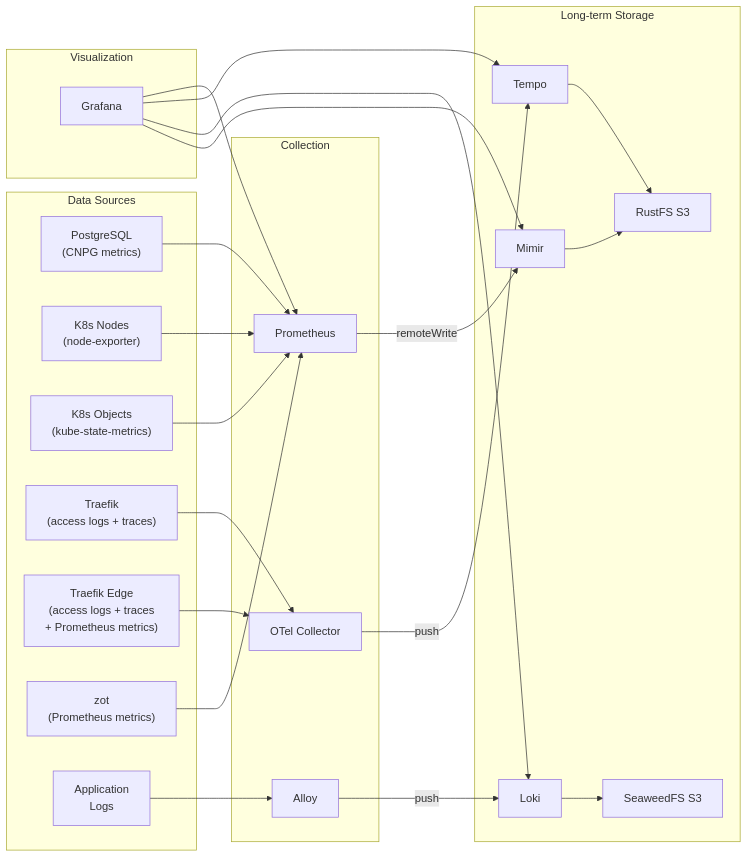
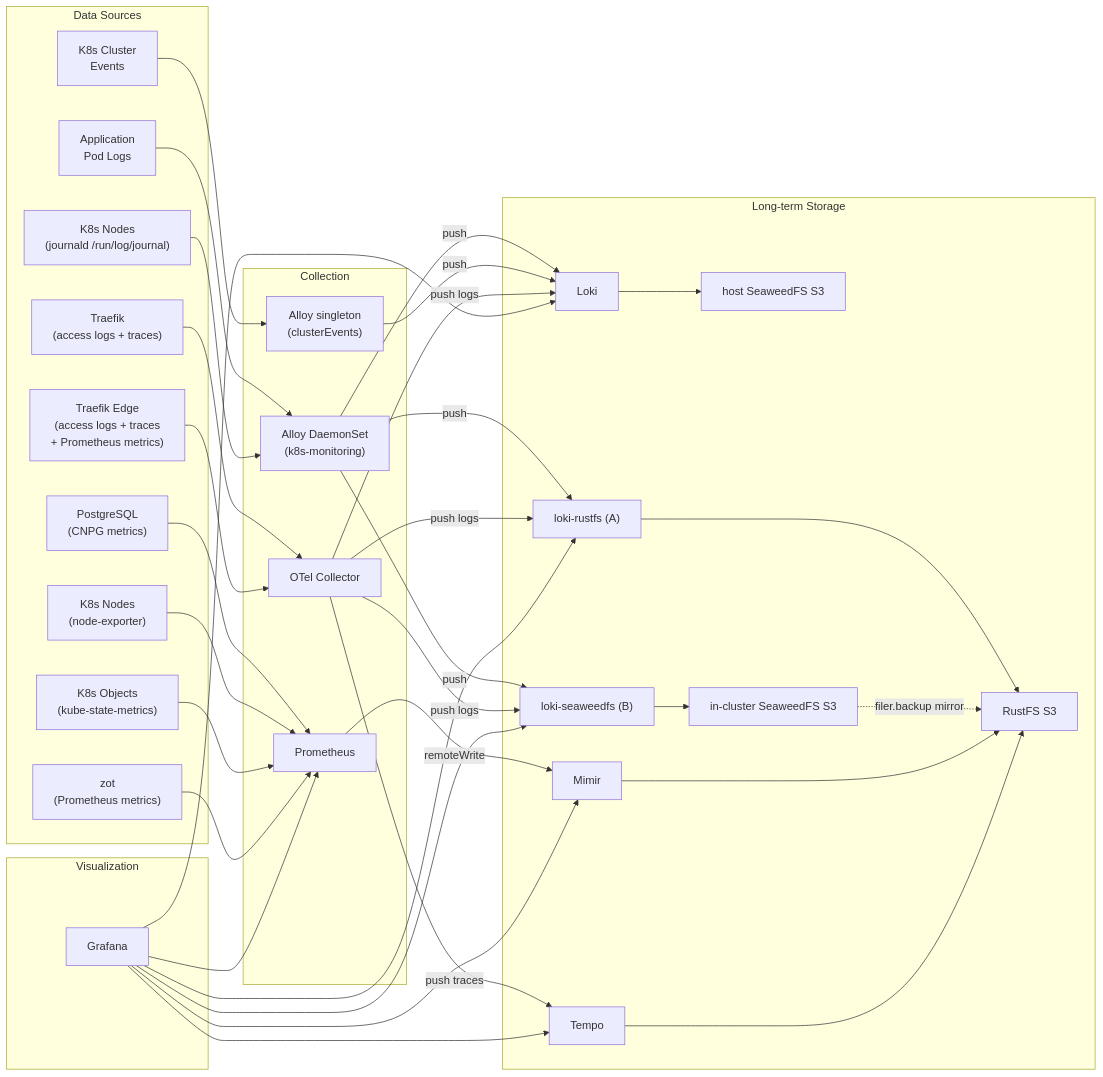
One commit to rmlandvreugd/cnpg-playground changed diagram 11 of 12 in docs/architecture-overview.md. Above: the diagram before and after it, drawn with Mermaid. The commit also changed other lines of this file and 1 other file, not shown here.

First line of the commit message:
docs(architecture): Loki A/B/C, k8s-monitoring, seaweedfs-operator + smoke tests

````diff
--- a/docs/architecture-overview.md
+++ b/docs/architecture-overview.md
@@ -420,51 +451,70 @@
 ```mermaid
 flowchart LR
     subgraph Sources["Data Sources"]
         PG["PostgreSQL<br/>(CNPG metrics)"]
         K8sN["K8s Nodes<br/>(node-exporter)"]
         K8sO["K8s Objects<br/>(kube-state-metrics)"]
         TraefikS["Traefik<br/>(access logs + traces)"]
         TraefikEdgeS["Traefik Edge<br/>(access logs + traces<br/>+ Prometheus metrics)"]
         ZotS["zot<br/>(Prometheus metrics)"]
-        AppL["Application<br/>Logs"]
+        AppL["Application<br/>Pod Logs"]
+        NodeJ["K8s Nodes<br/>(journald /run/log/journal)"]
+        Ev["K8s Cluster<br/>Events"]
     end
 
     subgraph Collection["Collection"]
         Prom["Prometheus"]
-        Alloy["Alloy"]
+        Alloy["Alloy DaemonSet<br/>(k8s-monitoring)"]
+        AlloyS["Alloy singleton<br/>(clusterEvents)"]
         OTel["OTel Collector"]
     end
 
     subgraph Storage["Long-term Storage"]
         Mimir["Mimir"]
         Loki["Loki"]
         Tempo["Tempo"]
+        LokiA["loki-rustfs (A)"]
+        LokiB["loki-seaweedfs (B)"]
         S3["RustFS S3"]
-        Seaweed["SeaweedFS S3"]
+        Seaweed["host SeaweedFS S3"]
+        SeaweedIn["in-cluster SeaweedFS S3"]
     end
 
     subgraph Visualization["Visualization"]
         Grafana["Grafana"]
     end
 
     PG --> Prom
     K8sN --> Prom
     K8sO --> Prom
     AppL --> Alloy
+    NodeJ --> Alloy
+    Ev --> AlloyS
     TraefikS --> OTel
     TraefikEdgeS --> OTel
     ZotS --> Prom
 
     Prom -->|remoteWrite| Mimir
     Alloy -->|push| Loki
-    OTel -->|push| Tempo
+    Alloy -->|push| LokiA
+    Alloy -->|push| LokiB
+    AlloyS -->|push| Loki
+    OTel -->|push logs| Loki
+    OTel -->|push logs| LokiA
+    OTel -->|push logs| LokiB
+    OTel -->|push traces| Tempo
 
     Loki --> Seaweed
+    LokiA --> S3
+    LokiB --> SeaweedIn
+    SeaweedIn -.->|filer.backup mirror| S3
     Mimir --> S3
     Tempo --> S3
 
     Grafana --> Mimir
     Grafana --> Loki
+    Grafana --> LokiA
+    Grafana --> LokiB
     Grafana --> Tempo
     Grafana --> Prom
 ```
````
